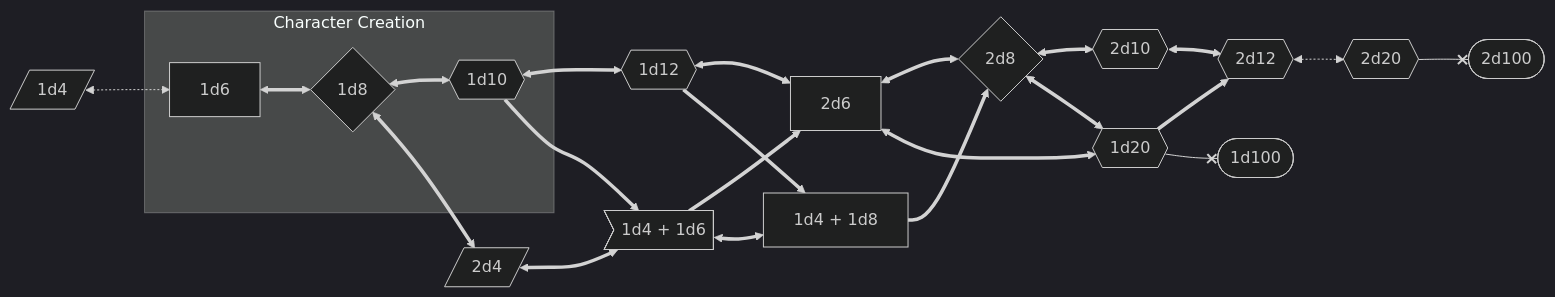
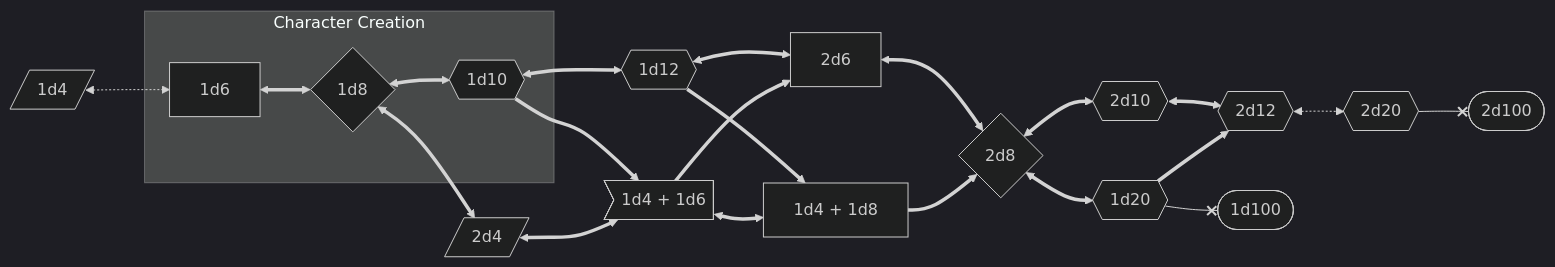
The diagram in src/routes/rules/stats.md (FyreByrd/Fallen-Paradise-TTRPG), drawn with Mermaid (dark theme) before and after one commit. The commit also changed other lines of this file, not shown here.

Commit message:
Fix die size flowchart

````diff
--- a/src/routes/rules/stats.md
+++ b/src/routes/rules/stats.md
@@ -46,14 +46,15 @@
 ```mermaid
 flowchart LR
 plus10>1d4 + 1d6]
 plus12[1d4 + 1d8]
 1d4[/1d4/] <-.-> 1d6
 subgraph "Character Creation"
 	1d6 <==> 1d8{1d8} <==> 1d10{{1d10}} 
 end
 1d10 <==> 1d12{{1d12}} <==> 2d6 <==> 2d8{2d8} <==> 2d10{{2d10}} <==> 2d12 <-.-> 2d20{{2d20}} --x 2d100([2d100])
-plus10 ==> 2d6 <==> 1d20 ==> 2d12{{2d12}}
+plus10 ==> 2d6
+1d20 ==> 2d12{{2d12}}
 1d12{{1d12}} ==> plus12 ==> 2d8{2d8} <==> 1d20{{1d20}} --x 1d100([1d100])
 1d10 ==> plus10
 1d8 <==> 2d4[/2d4/] <==> plus10 <==> plus12
 ```
````
